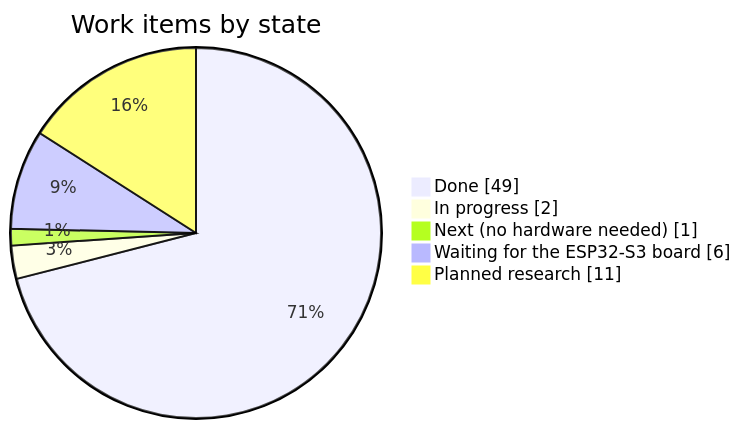
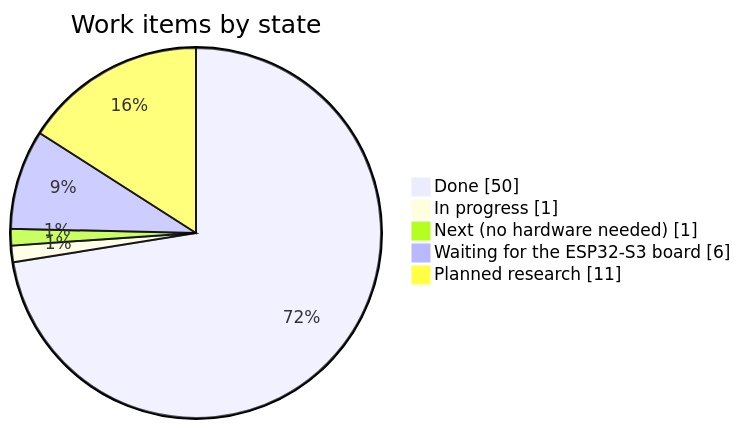
One commit to marcelpetrick/ESP32-Tiny-LLM changed the first of 3 diagrams in plan.md. Above: the diagram before and after it, drawn with Mermaid. The commit also changed other lines of this file and 4 other files, not shown here.

````diff
--- a/plan.md
+++ b/plan.md
@@ -14,9 +14,9 @@
 ```mermaid
 pie showData
     title Work items by state
-    "Done" : 49
-    "In progress" : 2
+    "Done" : 50
+    "In progress" : 1
     "Next (no hardware needed)" : 1
     "Waiting for the ESP32-S3 board" : 6
     "Planned research" : 11
 ```
````
